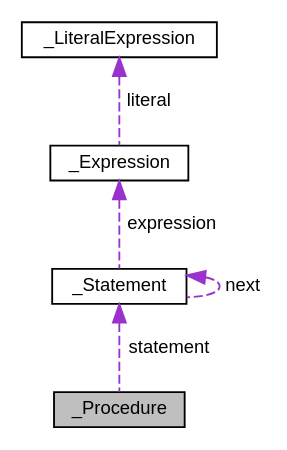
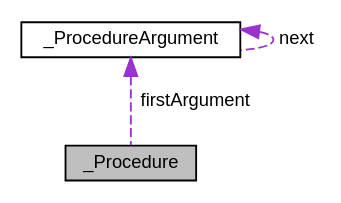
The diagram in docs/corthc.org/d6/d1d/struct__Procedure__coll__graph.dot (4bstr4ct/corth), drawn with Graphviz before and after one commit. The commit also changed 95 other files, not shown here.

```diff
--- a/docs/corthc.org/d6/d1d/struct__Procedure__coll__graph.dot
+++ b/docs/corthc.org/d6/d1d/struct__Procedure__coll__graph.dot
@@ -1,14 +1,10 @@
 digraph "_Procedure"
 {
  // LATEX_PDF_SIZE
   edge [fontname="Helvetica",fontsize="10",labelfontname="Helvetica",labelfontsize="10"];
   node [fontname="Helvetica",fontsize="10",shape=record];
   Node1 [label="_Procedure",height=0.2,width=0.4,color="black", fillcolor="grey75", style="filled", fontcolor="black",tooltip=" "];
-  Node2 -> Node1 [dir="back",color="darkorchid3",fontsize="10",style="dashed",label=" statement" ,fontname="Helvetica"];
-  Node2 [label="_Statement",height=0.2,width=0.4,color="black", fillcolor="white", style="filled",URL="$dd/ded/struct__Statement.html",tooltip=" "];
-  Node3 -> Node2 [dir="back",color="darkorchid3",fontsize="10",style="dashed",label=" expression" ,fontname="Helvetica"];
-  Node3 [label="_Expression",height=0.2,width=0.4,color="black", fillcolor="white", style="filled",URL="$d4/d6d/struct__Expression.html",tooltip=" "];
-  Node4 -> Node3 [dir="back",color="darkorchid3",fontsize="10",style="dashed",label=" literal" ,fontname="Helvetica"];
-  Node4 [label="_LiteralExpression",height=0.2,width=0.4,color="black", fillcolor="white", style="filled",URL="$dd/def/struct__LiteralExpression.html",tooltip=" "];
+  Node2 -> Node1 [dir="back",color="darkorchid3",fontsize="10",style="dashed",label=" firstArgument" ,fontname="Helvetica"];
+  Node2 [label="_ProcedureArgument",height=0.2,width=0.4,color="black", fillcolor="white", style="filled",URL="$da/d73/struct__ProcedureArgument.html",tooltip=" "];
   Node2 -> Node2 [dir="back",color="darkorchid3",fontsize="10",style="dashed",label=" next" ,fontname="Helvetica"];
 }
```
